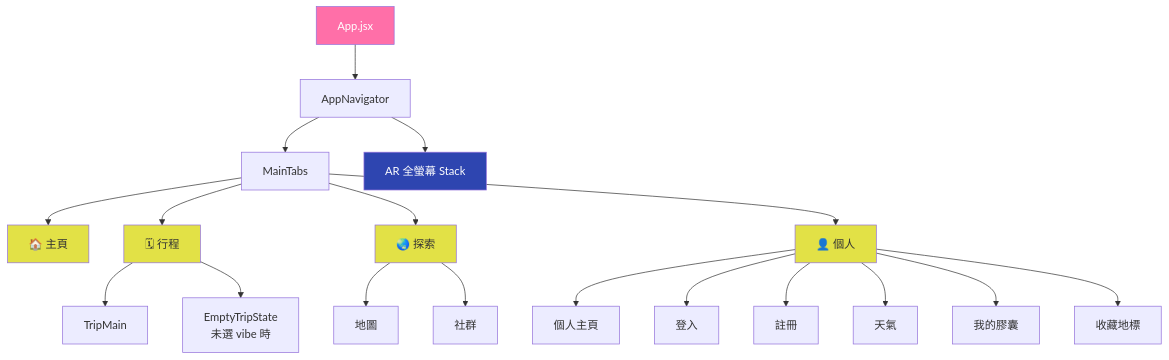
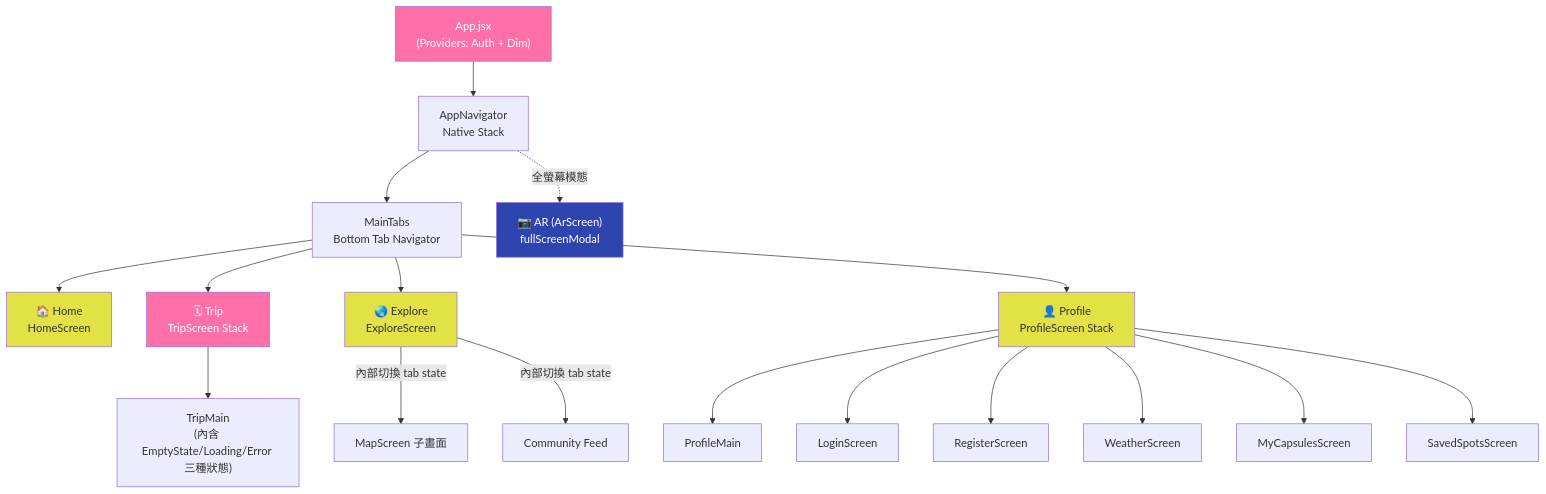
One commit to starsky58uu/vibetrip changed the second of 11 diagrams in FLOW.md. Above: the diagram before and after it, drawn with Mermaid. The commit also changed other lines of this file and 1 other file, not shown here.

Commit message:
改架構圖

````diff
--- a/FLOW.md
+++ b/FLOW.md
@@ -9,31 +31,31 @@
 ```mermaid
 graph TD
-    Root[App.jsx] --> Nav[AppNavigator]
-    Nav --> Tabs[MainTabs]
-    Nav --> AR[AR 全螢幕 Stack]
+    Root["App.jsx<br/>(Providers: Auth + Dim)"] --> Nav["AppNavigator<br/>Native Stack"]
 
-    Tabs --> Home[🏠 主頁]
-    Tabs --> Trip[🗓 行程]
-    Tabs --> Explore[🌏 探索]
-    Tabs --> Profile[👤 個人]
+    Nav --> Tabs["MainTabs<br/>Bottom Tab Navigator"]
+    Nav -.全螢幕模態.-> AR["📷 AR (ArScreen)<br/>fullScreenModal"]
 
-    Trip --> TripMain[TripMain]
-    Trip --> EmptyState[EmptyTripState<br/>未選 vibe 時]
+    Tabs --> Home["🏠 Home<br/>HomeScreen"]
+    Tabs --> TripTab["🗓 Trip<br/>TripScreen Stack"]
+    Tabs --> Explore["🌏 Explore<br/>ExploreScreen"]
+    Tabs --> ProfileTab["👤 Profile<br/>ProfileScreen Stack"]
 
-    Profile --> ProfileMain[個人主頁]
-    Profile --> Login[登入]
-    Profile --> Register[註冊]
-    Profile --> Weather[天氣]
-    Profile --> Capsules[我的膠囊]
-    Profile --> Saved[收藏地標]
+    TripTab --> TripMain["TripMain<br/>(內含 EmptyState/Loading/Error 三種狀態)"]
 
-    Explore --> Map[地圖]
-    Explore --> Community[社群]
+    Explore -->|內部切換 tab state| ExpMap["MapScreen 子畫面"]
+    Explore -->|內部切換 tab state| ExpCom["Community Feed"]
+
+    ProfileTab --> ProfileMain["ProfileMain"]
+    ProfileTab --> Login["LoginScreen"]
+    ProfileTab --> Register["RegisterScreen"]
+    ProfileTab --> Weather["WeatherScreen"]
+    ProfileTab --> Capsules["MyCapsulesScreen"]
+    ProfileTab --> Saved["SavedSpotsScreen"]
 
     style Root fill:#FF6FA8,color:#fff
     style AR fill:#2E45B0,color:#fff
     style Home fill:#E2E146
-    style Trip fill:#E2E146
+    style TripTab fill:#FF6FA8,color:#fff
     style Explore fill:#E2E146
-    style Profile fill:#E2E146
+    style ProfileTab fill:#E2E146
 ```
````
